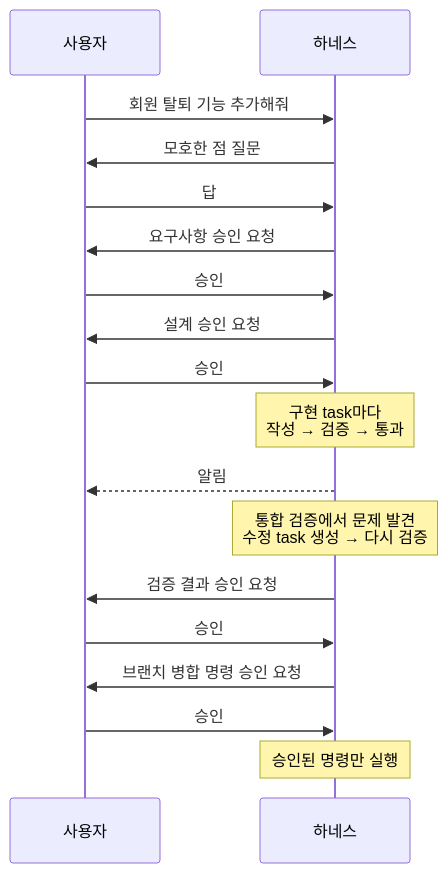
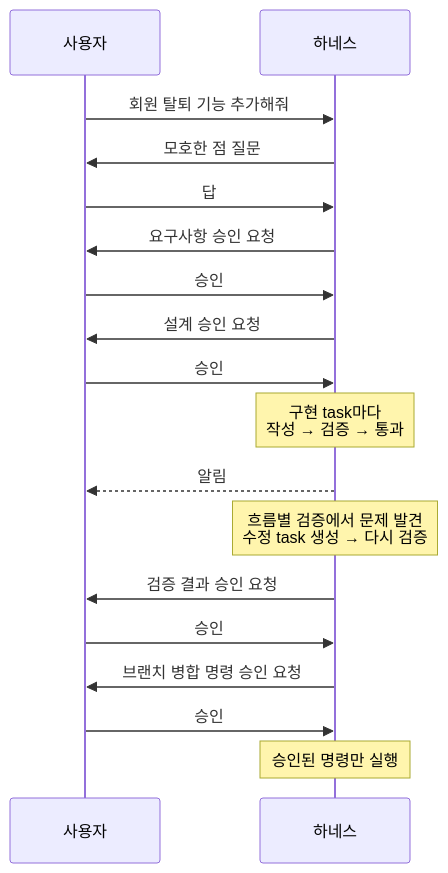
One commit to ikswary/devflow-harness changed the diagram in README.md. Above: the diagram before and after it, drawn with Mermaid. The commit also changed other lines of this file and 3 other files, not shown here.

````diff
--- a/README.md
+++ b/README.md
@@ -107,20 +113,20 @@
 ```mermaid
 sequenceDiagram
   participant U as 사용자
   participant H as 하네스
   U->>H: 회원 탈퇴 기능 추가해줘
   H->>U: 모호한 점 질문
   U->>H: 답
   H->>U: 요구사항 승인 요청
   U->>H: 승인
   H->>U: 설계 승인 요청
   U->>H: 승인
   Note over H: 구현 task마다<br/>작성 → 검증 → 통과
   H-->>U: 알림
-  Note over H: 통합 검증에서 문제 발견<br/>수정 task 생성 → 다시 검증
+  Note over H: 흐름별 검증에서 문제 발견<br/>수정 task 생성 → 다시 검증
   H->>U: 검증 결과 승인 요청
   U->>H: 승인
   H->>U: 브랜치 병합 명령 승인 요청
   U->>H: 승인
   Note over H: 승인된 명령만 실행
 ```
````
